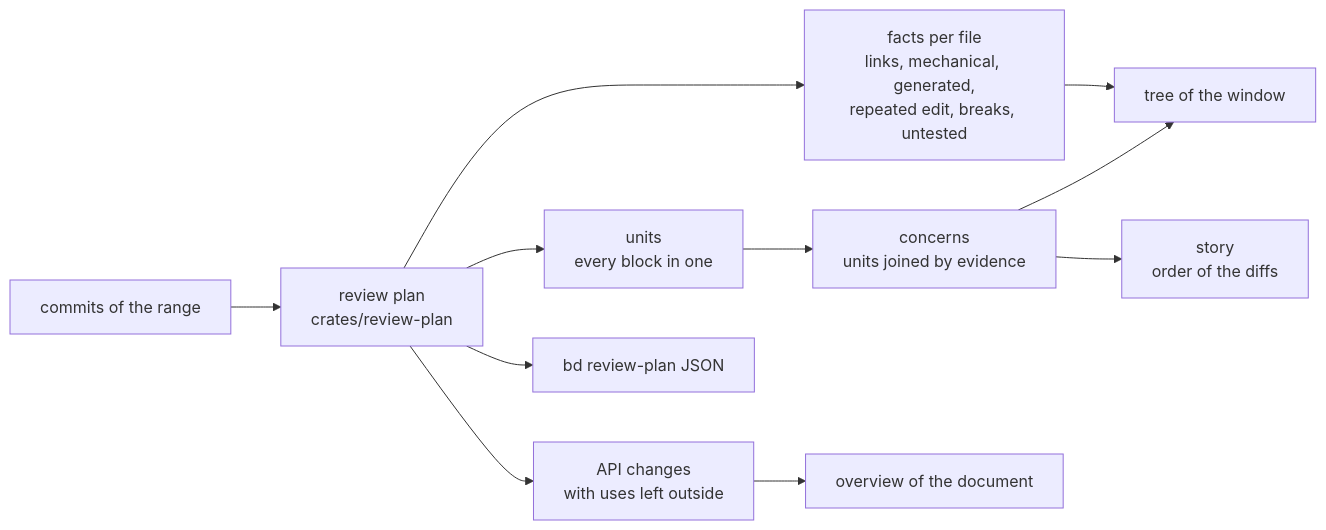
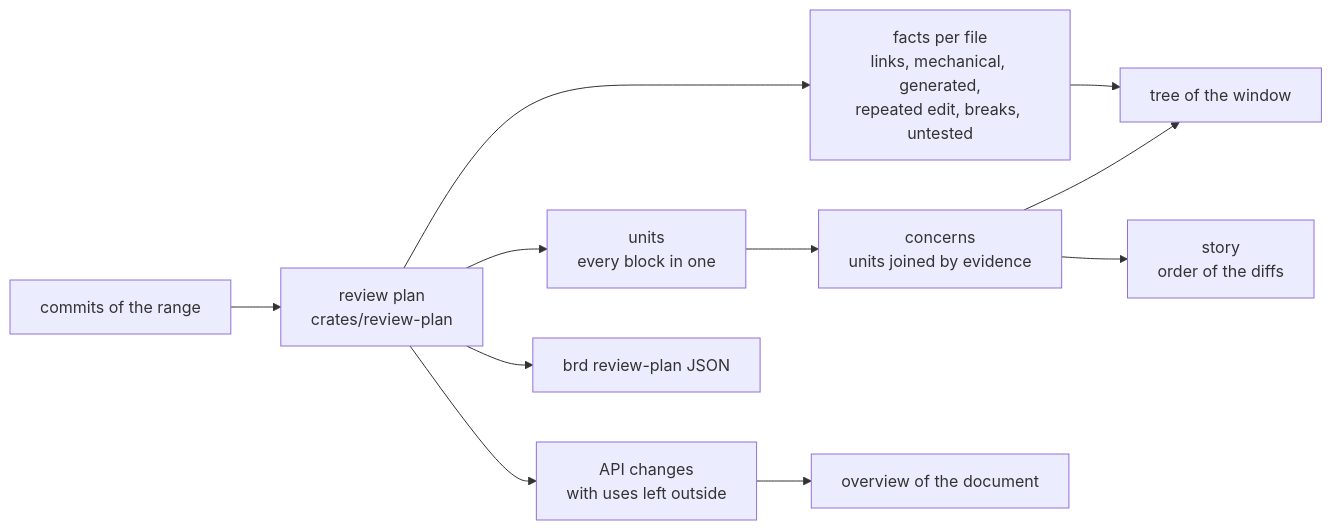
The diagram in docs/design/change-review.md (develar/branch-deck), drawn with Mermaid before and after one commit. The commit also changed other lines of this file and 544 other files, not shown here.

````diff
--- a/docs/design/change-review.md
+++ b/docs/design/change-review.md
@@ -58,13 +58,13 @@
 ```mermaid
 flowchart LR
   R[commits of the range] --> P[review plan<br/>crates/review-plan]
   P --> F[facts per file<br/>links, mechanical, generated,<br/>repeated edit, breaks, untested]
   P --> A[API changes<br/>with uses left outside]
   P --> U[units<br/>every block in one]
   U --> C[concerns<br/>units joined by evidence]
   C --> S[story<br/>order of the diffs]
   F --> T[tree of the window]
   C --> T
   A --> K[overview of the document]
-  P --> B[bd review-plan JSON]
+  P --> B[brd review-plan JSON]
 ```
````
